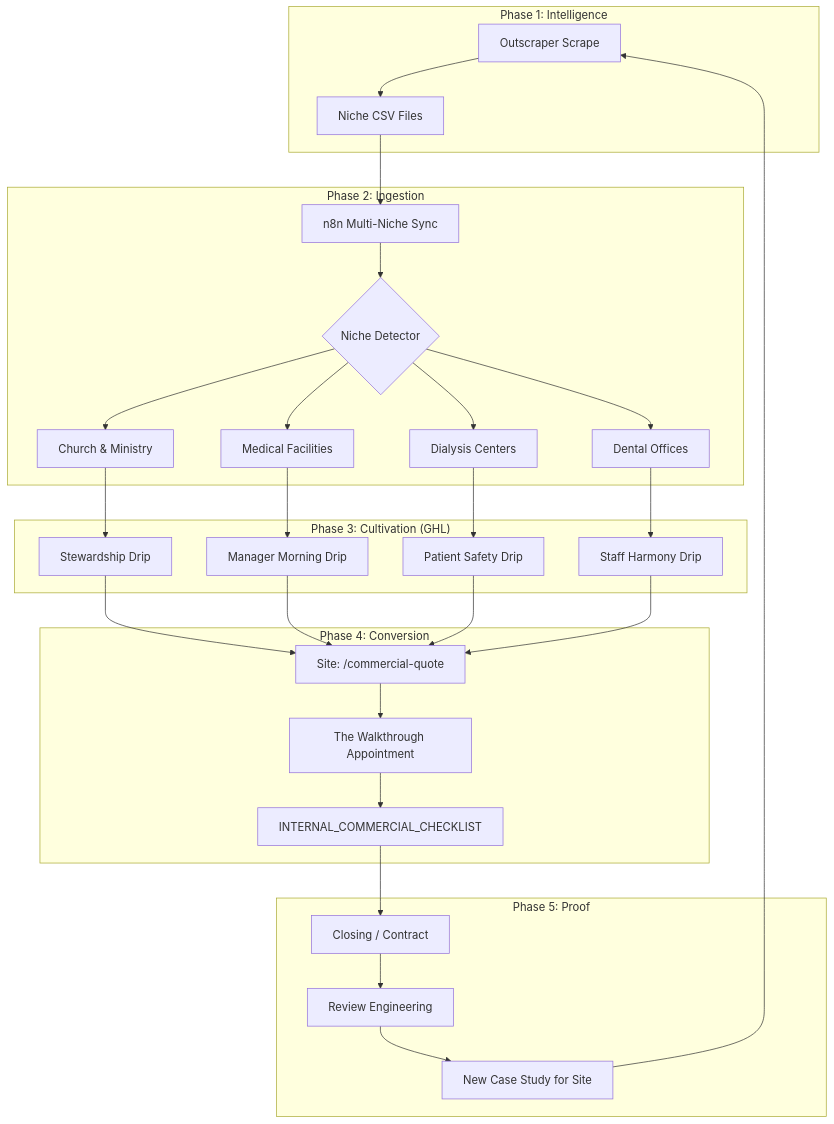
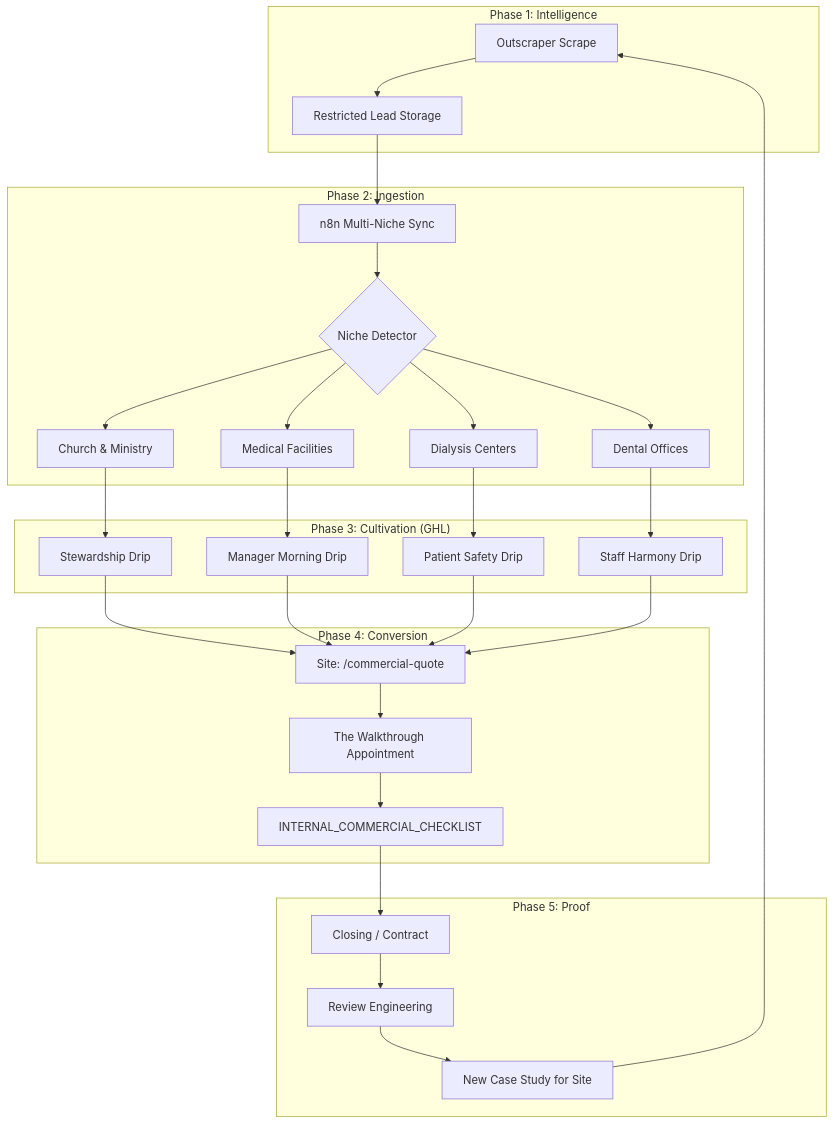
One commit to rtfreder1976-yhwh/tvct-website changed the diagram in docs/GROWTH_ENGINE_SYSTEM_MAP.md. Above: the diagram before and after it, drawn with Mermaid. The commit also changed other lines of this file and 17 other files, not shown here.

````diff
--- a/docs/GROWTH_ENGINE_SYSTEM_MAP.md
+++ b/docs/GROWTH_ENGINE_SYSTEM_MAP.md
@@ -9,35 +9,35 @@
 ```mermaid
 graph TD
     subgraph "Phase 1: Intelligence"
-    A[Outscraper Scrape] --> B[Niche CSV Files]
+    A[Outscraper Scrape] --> B[Restricted Lead Storage]
     end
 
     subgraph "Phase 2: Ingestion"
     B --> C[n8n Multi-Niche Sync]
     C --> D{Niche Detector}
     D --> E1[Church & Ministry]
     D --> E2[Medical Facilities]
     D --> E3[Dialysis Centers]
     D --> E4[Dental Offices]
     end
 
     subgraph "Phase 3: Cultivation (GHL)"
     E1 --> F1[Stewardship Drip]
     E2 --> F2[Manager Morning Drip]
     E3 --> F3[Patient Safety Drip]
     E4 --> F4[Staff Harmony Drip]
     end
 
     subgraph "Phase 4: Conversion"
     F1 & F2 & F3 & F4 --> G[Site: /commercial-quote]
     G --> H[The Walkthrough Appointment]
     H --> I[INTERNAL_COMMERCIAL_CHECKLIST]
     end
 
     subgraph "Phase 5: Proof"
     I --> J[Closing / Contract]
     J --> K[Review Engineering]
     K --> L[New Case Study for Site]
     L --> A
     end
 ```
````
